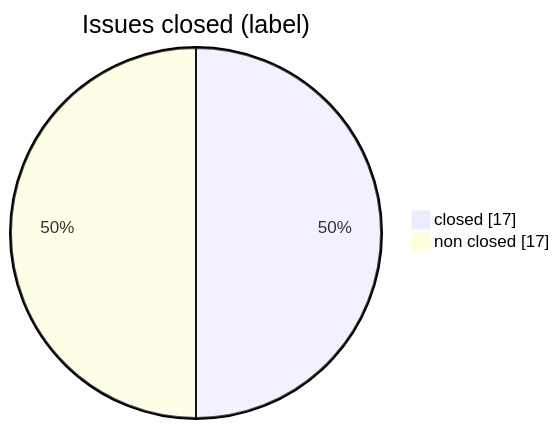
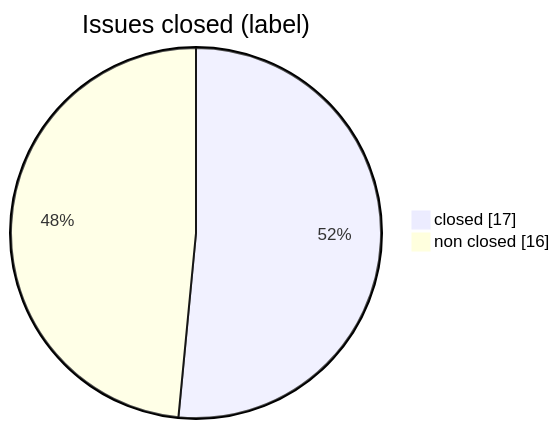
The second of 7 diagrams in modules/M49_projet-board-J09.md (Gooseppr/GevOps_LC), drawn with Mermaid before and after one commit. The commit also changed other lines of this file and 2 other files, not shown here.

````diff
--- a/modules/M49_projet-board-J09.md
+++ b/modules/M49_projet-board-J09.md
@@ -38,6 +38,6 @@
 ```mermaid
 pie showData
     title Issues closed (label)
     "closed" : 17
-    "non closed" : 17
+    "non closed" : 16
 ```
````
